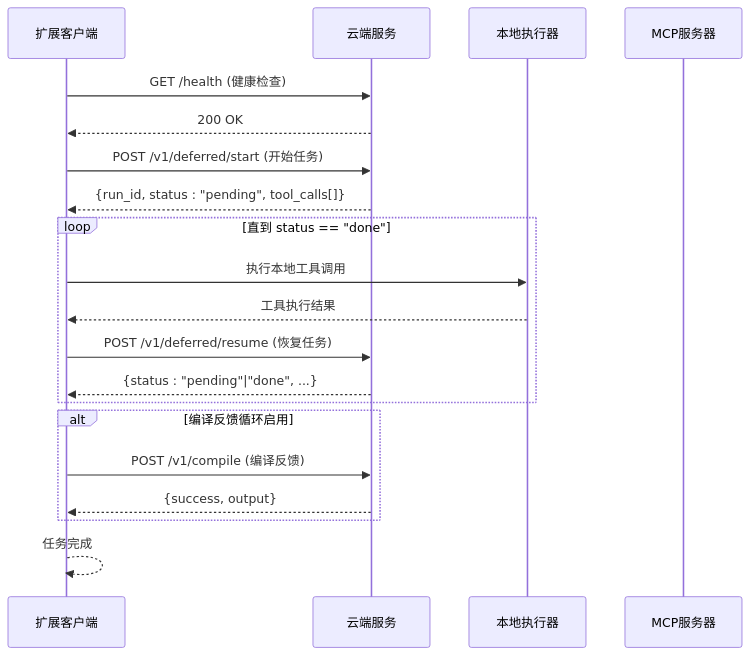
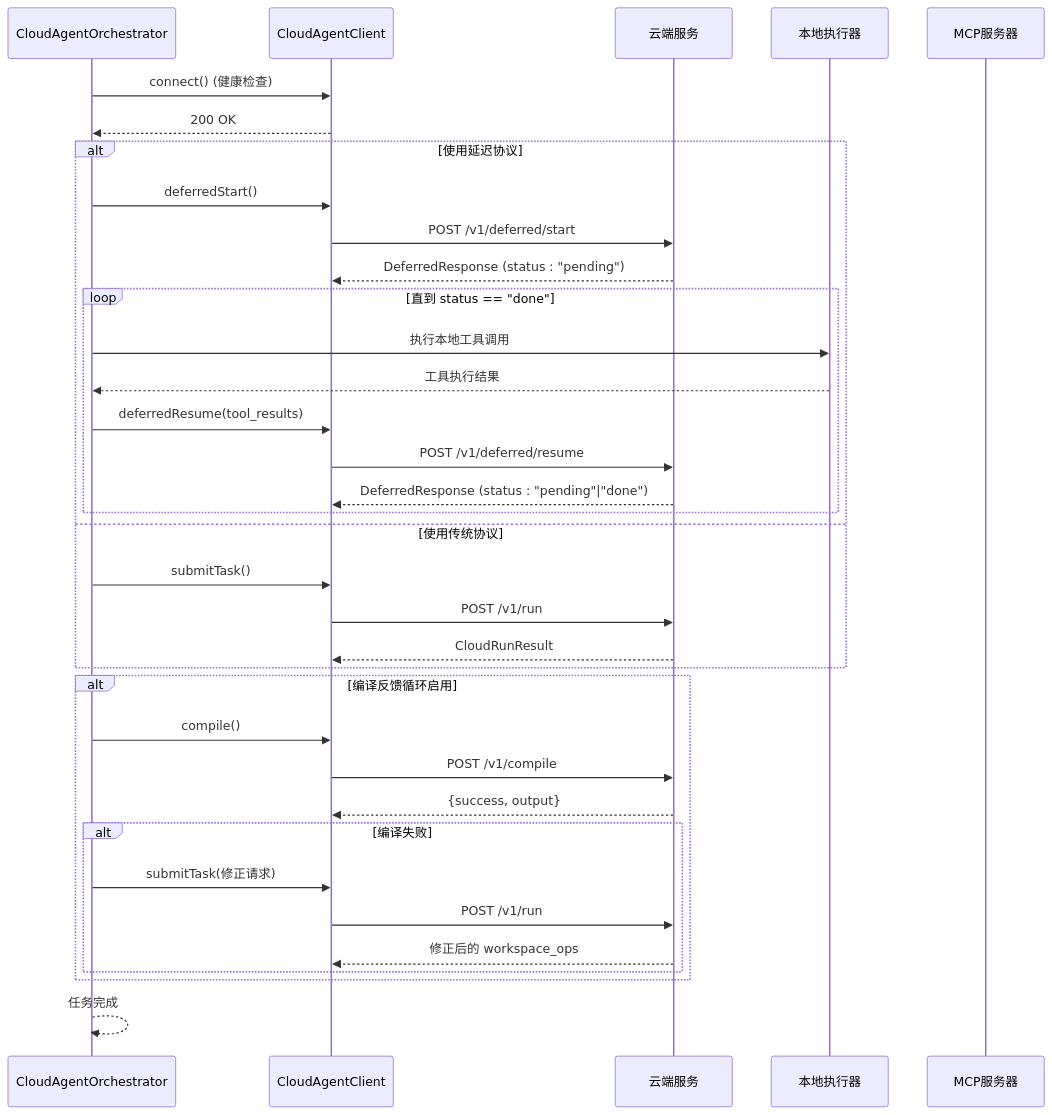
The second of 8 diagrams in .qoder/repowiki/zh/content/项目概述/核心功能特性/Cloud Agent 云代理系统/Cloud Agent 云代理系统.md (JunjieChen0/NJUST), drawn with Mermaid before and after one commit. The commit also changed other lines of this file and 37 other files, not shown here.

````diff
--- a/.qoder/repowiki/zh/content/项目概述/核心功能特性/Cloud Agent 云代理系统/Cloud Agent 云代理系统.md
+++ b/.qoder/repowiki/zh/content/项目概述/核心功能特性/Cloud Agent 云代理系统/Cloud Agent 云代理系统.md
@@ -129,22 +155,37 @@
 ```mermaid
 sequenceDiagram
-participant Client as 扩展客户端
+participant Orchestrator as CloudAgentOrchestrator
+participant Client as CloudAgentClient
 participant Server as 云端服务
 participant Local as 本地执行器
 participant MCP as MCP服务器
-Client->>Server : GET /health (健康检查)
-Server-->>Client : 200 OK
-Client->>Server : POST /v1/deferred/start (开始任务)
-Server-->>Client : {run_id, status : "pending", tool_calls[]}
+Orchestrator->>Client : connect() (健康检查)
+Client-->>Orchestrator : 200 OK
+alt 使用延迟协议
+Orchestrator->>Client : deferredStart()
+Client->>Server : POST /v1/deferred/start
+Server-->>Client : DeferredResponse (status : "pending")
 loop 直到 status == "done"
-Client->>Local : 执行本地工具调用
-Local-->>Client : 工具执行结果
-Client->>Server : POST /v1/deferred/resume (恢复任务)
-Server-->>Client : {status : "pending"|"done", ...}
+Orchestrator->>Local : 执行本地工具调用
+Local-->>Orchestrator : 工具执行结果
+Orchestrator->>Client : deferredResume(tool_results)
+Client->>Server : POST /v1/deferred/resume
+Server-->>Client : DeferredResponse (status : "pending"|"done")
+end
+else 使用传统协议
+Orchestrator->>Client : submitTask()
+Client->>Server : POST /v1/run
+Server-->>Client : CloudRunResult
 end
 alt 编译反馈循环启用
-Client->>Server : POST /v1/compile (编译反馈)
+Orchestrator->>Client : compile()
+Client->>Server : POST /v1/compile
 Server-->>Client : {success, output}
+alt 编译失败
+Orchestrator->>Client : submitTask(修正请求)
+Client->>Server : POST /v1/run
+Server-->>Client : 修正后的 workspace_ops
 end
-Client-->>Client : 任务完成
+end
+Orchestrator-->>Orchestrator : 任务完成
 ```
````
